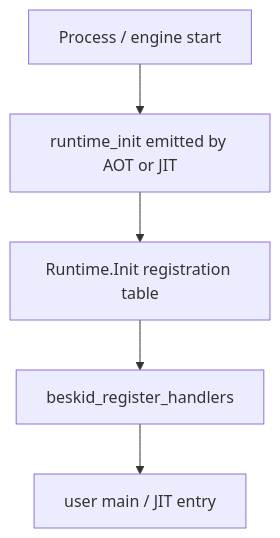
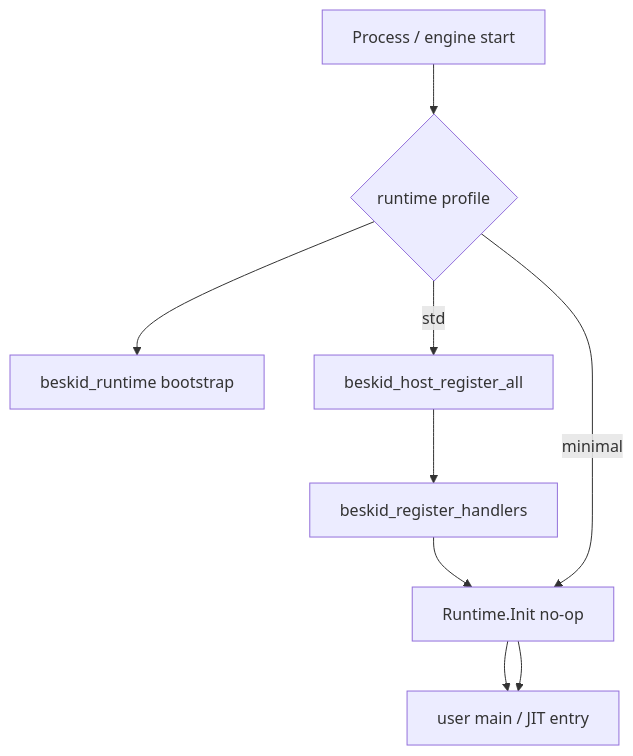
The diagram in site/website/src/content/docs/platform-spec/core-library/compiler-integration/runtime-registration.mdx (Cyber-Nomad-Collective/beskid), drawn with Mermaid before and after one commit. The commit also changed other lines of this file and 5 other files, not shown here.

Commit message:
Further work on runtime and beskid boundary

````diff
--- a/site/website/src/content/docs/platform-spec/core-library/compiler-integration/runtime-registration.mdx
+++ b/site/website/src/content/docs/platform-spec/core-library/compiler-integration/runtime-registration.mdx
@@ -59,9 +63,13 @@
 ```mermaid
 flowchart TB
   start[Process / engine start]
-  runtime_init[runtime_init emitted by AOT or JIT]
-  corelib_init[Runtime.Init registration table]
+  profile{runtime profile}
+  runtime[beskid_runtime bootstrap]
+  host[beskid_host_register_all]
   register[beskid_register_handlers]
+  stub[Runtime.Init no-op]
   user[user main / JIT entry]
-  start --> runtime_init --> corelib_init --> register --> user
+  start --> profile --> runtime
+  profile -->|std| host --> register --> stub --> user
+  profile -->|minimal| stub --> user
 ```
````
